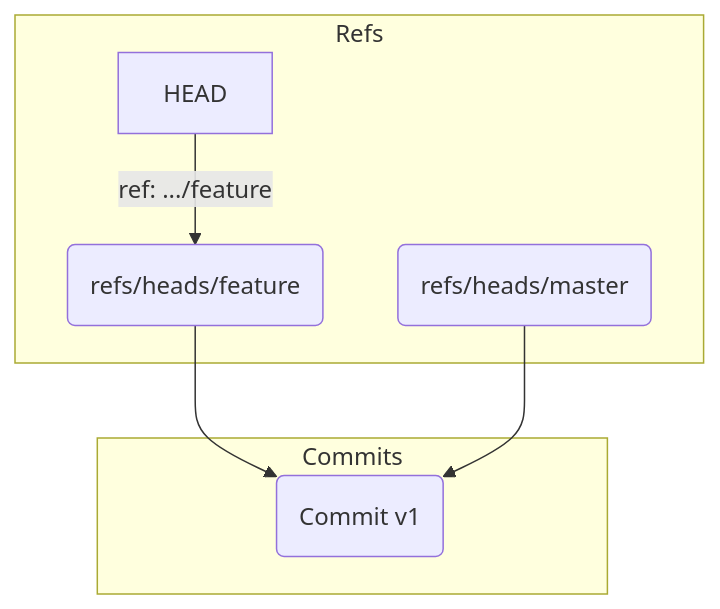
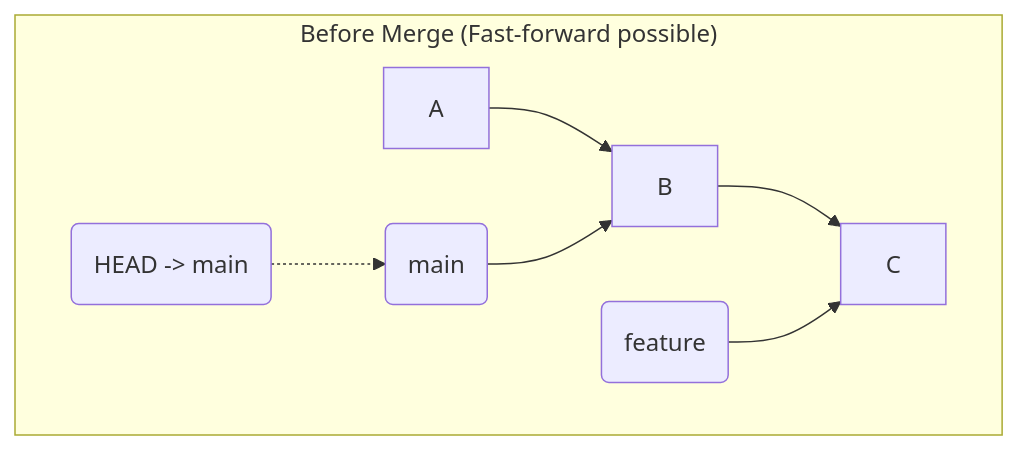
One commit to engineers-hub-ltd-in-house-project/git-deep-understanding changed the first of 2 diagrams in manuscript/part3/chapter15.md. Above: the diagram before and after it, drawn with Mermaid. The commit also changed other lines of this file and 36 other files, not shown here.

````diff
--- a/manuscript/part3/chapter15.md
+++ b/manuscript/part3/chapter15.md
@@ -34,12 +20,9 @@
 ```mermaid
 graph TD
-    subgraph Commits
-        C1("Commit v1")
+    subgraph "Before Merge (Fast-forward possible)"
+        A --> B --> C
+        Main("main") --> B
+        Feature("feature") --> C
+        HEAD("HEAD -> main") -.-> Main
     end
-    subgraph Refs
-        HEAD -- "ref: .../feature" --> Feature("refs/heads/feature")
-        Master("refs/heads/master")
-    end
-    Feature --> C1
-    Master --> C1
 ```
````
